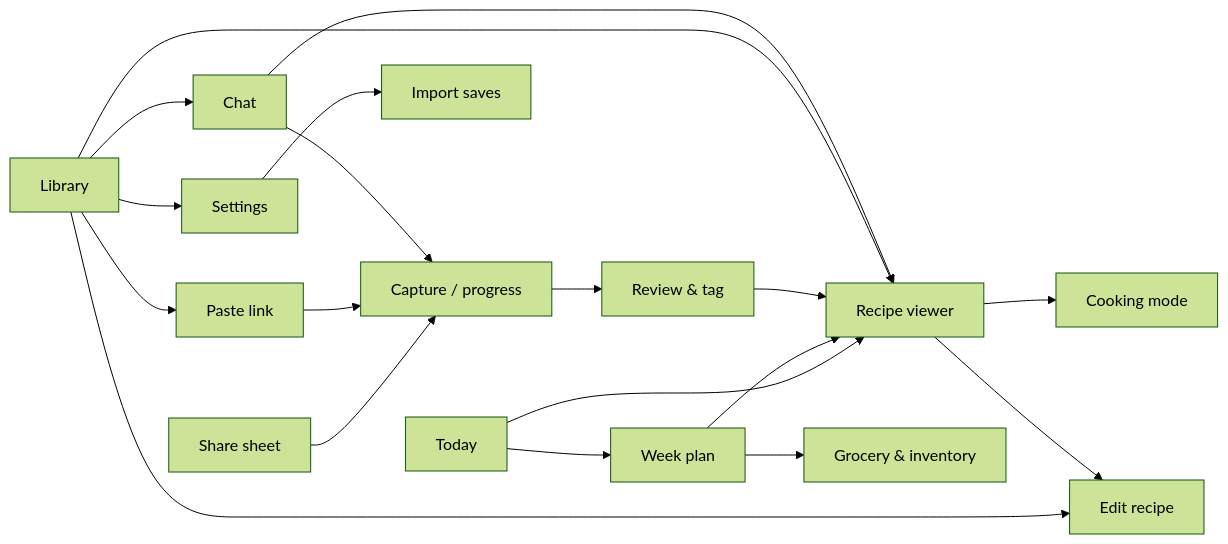
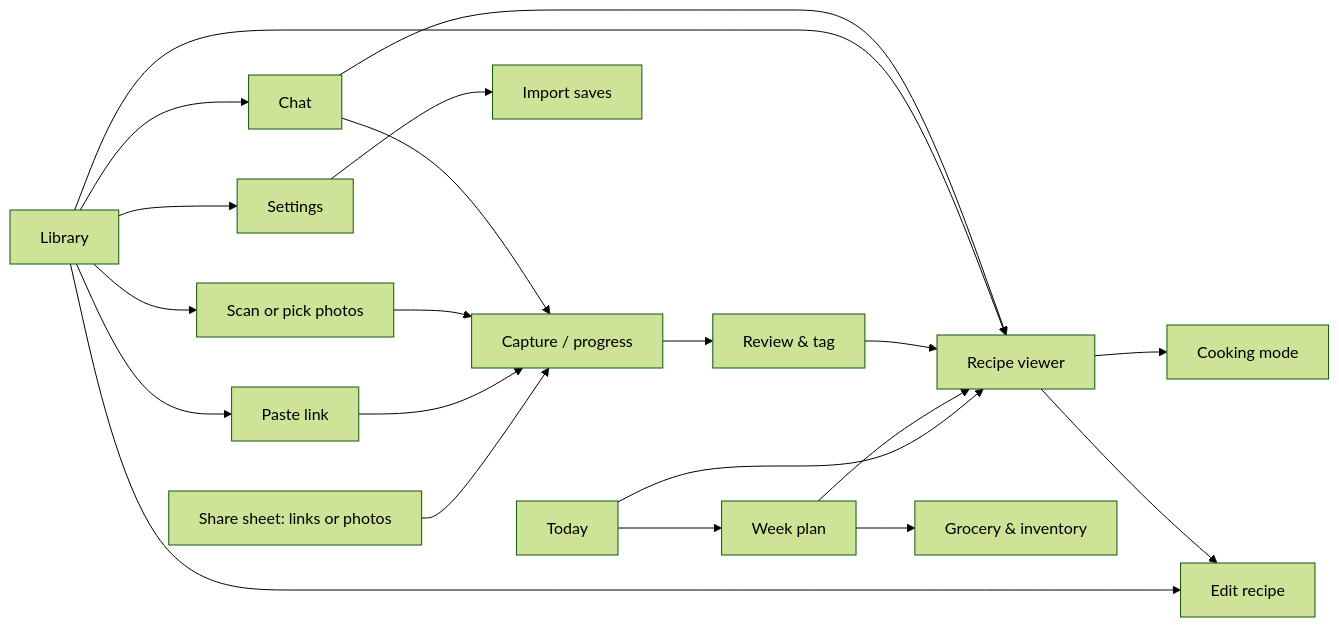
One commit to inthevortex/recipe-catcher changed the first of 2 diagrams in docs/App spec.md. Above: the diagram before and after it, drawn with Mermaid (forest theme). The commit also changed other lines of this file and 3 other files, not shown here.

````diff
--- a/docs/App spec.md
+++ b/docs/App spec.md
@@ -9,21 +9,23 @@
 ```mermaid
 flowchart LR
   Today --> Plan[Week plan]
   Today --> Viewer[Recipe viewer]
   Plan --> Viewer
   Plan --> Lists[Grocery & inventory]
-  Share[Share sheet] --> Capture[Capture / progress]
+  Share[Share sheet: links or photos] --> Capture[Capture / progress]
   Library --> Paste[Paste link]
+  Library --> Scan[Scan or pick photos]
   Library --> Edit[Edit recipe]
   Paste --> Capture
+  Scan --> Capture
   Capture --> Review[Review & tag]
   Review --> Viewer
   Library --> Viewer
   Viewer --> Cook[Cooking mode]
   Viewer --> Edit
   Library --> Chat
   Chat --> Viewer
   Chat --> Capture
   Library --> Settings
   Settings --> Import[Import saves]
 ```
````
